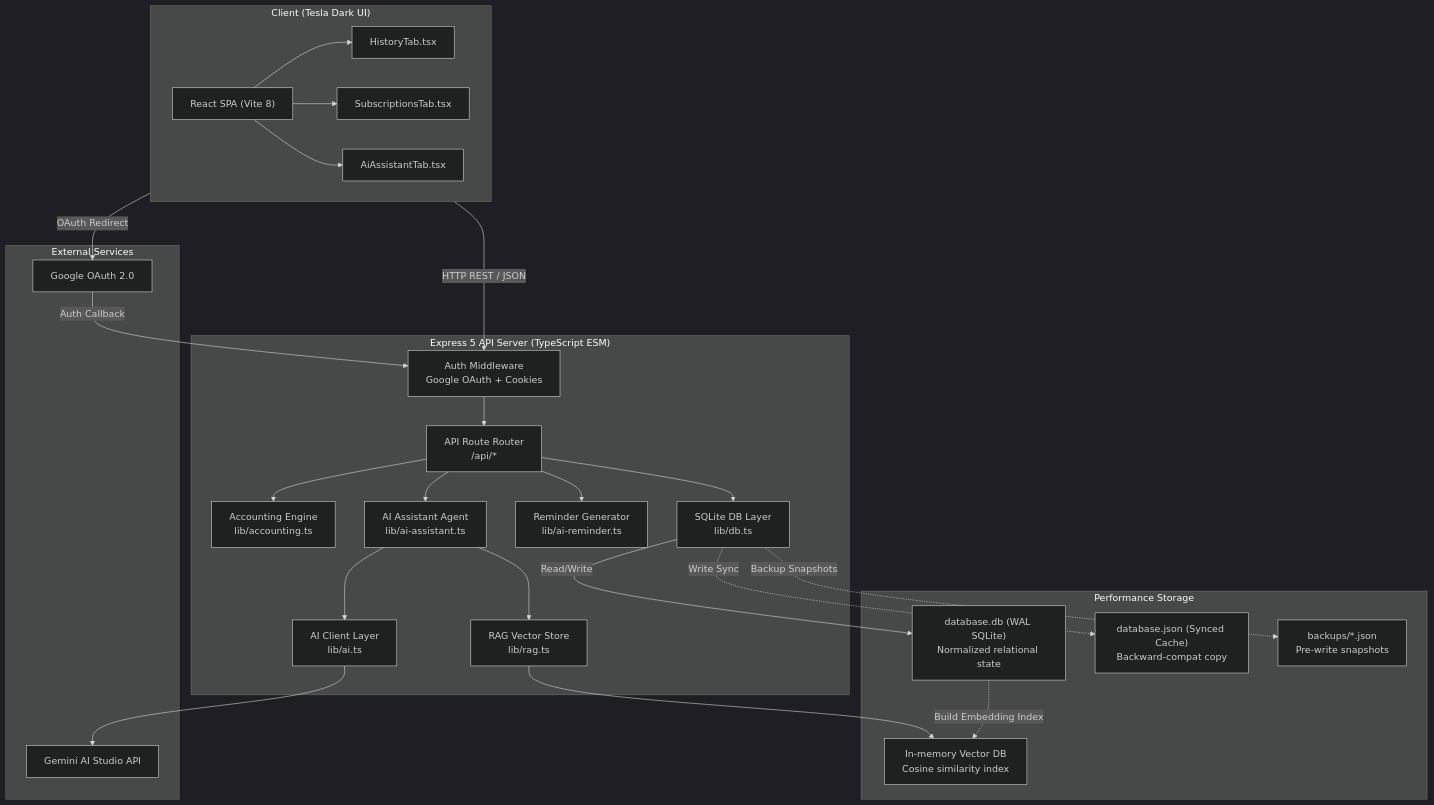
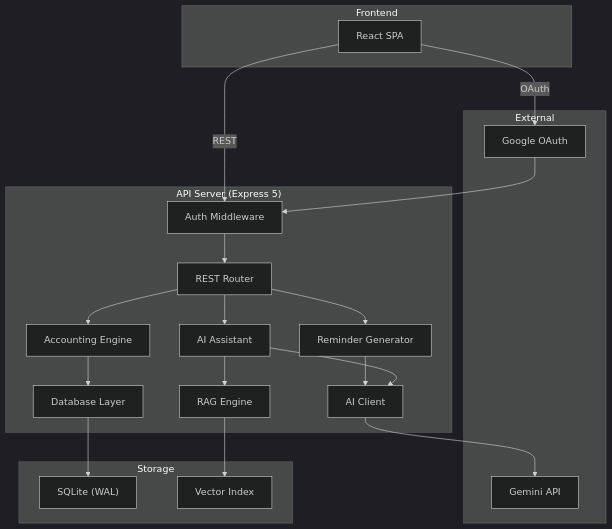
The diagram in README.md (nnnc8/subscription-billing), drawn with Mermaid (dark theme) before and after one commit. The commit also changed other lines of this file and 5 other files, not shown here.

````diff
--- a/README.md
+++ b/README.md
@@ -55,55 +97,34 @@
 ```mermaid
 graph TB
-    subgraph Client ["Client (Tesla Dark UI)"]
-        React["React SPA (Vite 8)"]
-        HistoryTab["HistoryTab.tsx"]
-        SubTab["SubscriptionsTab.tsx"]
-        AiTab["AiAssistantTab.tsx"]
-        React --> HistoryTab
-        React --> SubTab
-        React --> AiTab
+    subgraph Client ["Frontend"]
+        React["React SPA"]
     end
 
-    subgraph Server ["Express 5 API Server (TypeScript ESM)"]
-        Auth["Auth Middleware<br/>Google OAuth + Cookies"]
-        API["API Route Router<br/>/api/*"]
-        Acc["Accounting Engine<br/>lib/accounting.ts"]
-        DB["SQLite DB Layer<br/>lib/db.ts"]
-        AI["AI Client Layer<br/>lib/ai.ts"]
-        RAG["RAG Vector Store<br/>lib/rag.ts"]
-        Remind["Reminder Generator<br/>lib/ai-reminder.ts"]
-        Assistant["AI Assistant Agent<br/>lib/ai-assistant.ts"]
+    subgraph Server ["API Server (Express 5)"]
+        Auth["Auth Middleware"]
+        API["REST Router"]
+        Accounting["Accounting Engine"]
+        DB["Database Layer"]
+        AI["AI Client"]
+        RAG["RAG Engine"]
+        Reminder["Reminder Generator"]
+        Assistant["AI Assistant"]
     end
 
-    subgraph Storage ["Performance Storage"]
-        SQLite["database.db (WAL SQLite)<br/>Normalized relational state"]
-        JSONCache["database.json (Synced Cache)<br/>Backward-compat copy"]
-        Backups["backups/*.json<br/>Pre-write snapshots"]
-        Vector["In-memory Vector DB<br/>Cosine similarity index"]
+    subgraph Storage ["Storage"]
+        SQLite["SQLite (WAL)"]
+        Vector["Vector Index"]
     end
 
-    subgraph External ["External Services"]
-        Google["Google OAuth 2.0"]
-        Gemini["Gemini AI Studio API"]
+    subgraph External ["External"]
+        Google["Google OAuth"]
+        Gemini["Gemini API"]
     end
 
-    Client -->|HTTP REST / JSON| Auth
-    Auth --> API
-    API --> Acc
-    API --> DB
-    API --> Remind
-    API --> Assistant
-    
-    DB -->|Read/Write| SQLite
-    DB -.->|Write Sync| JSONCache
-    DB -.->|Backup Snapshots| Backups
-    
-    Assistant --> AI
-    Assistant --> RAG
-    RAG --> Vector
-    SQLite -.->|Build Embedding Index| Vector
-    
-    AI --> Gemini
-    Client -->|OAuth Redirect| Google
-    Google -->|Auth Callback| Auth
+    React -->|REST| Auth --> API
+    API --> Accounting --> DB --> SQLite
+    API --> Assistant --> AI --> Gemini
+    Assistant --> RAG --> Vector
+    API --> Reminder --> AI
+    React -->|OAuth| Google --> Auth
 ```
````
